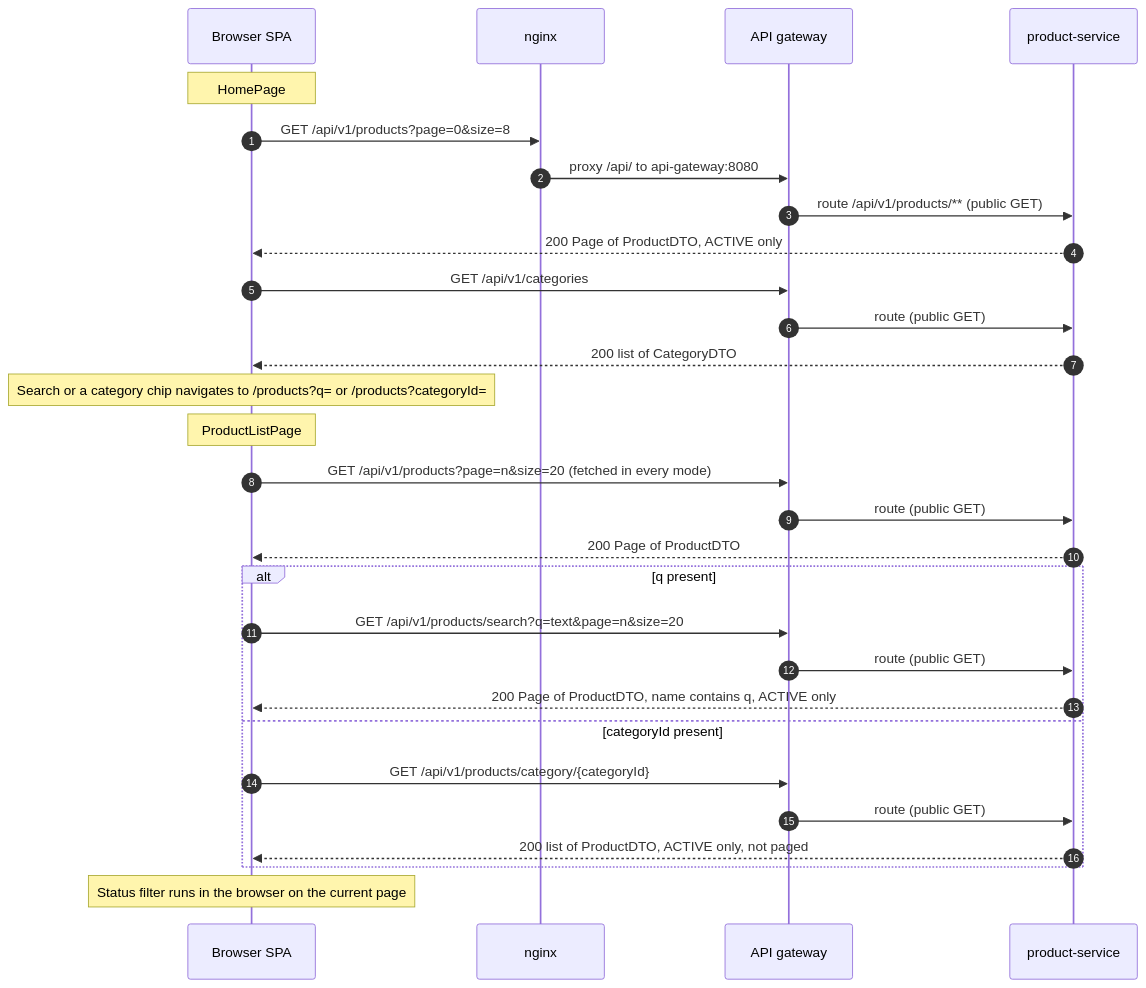
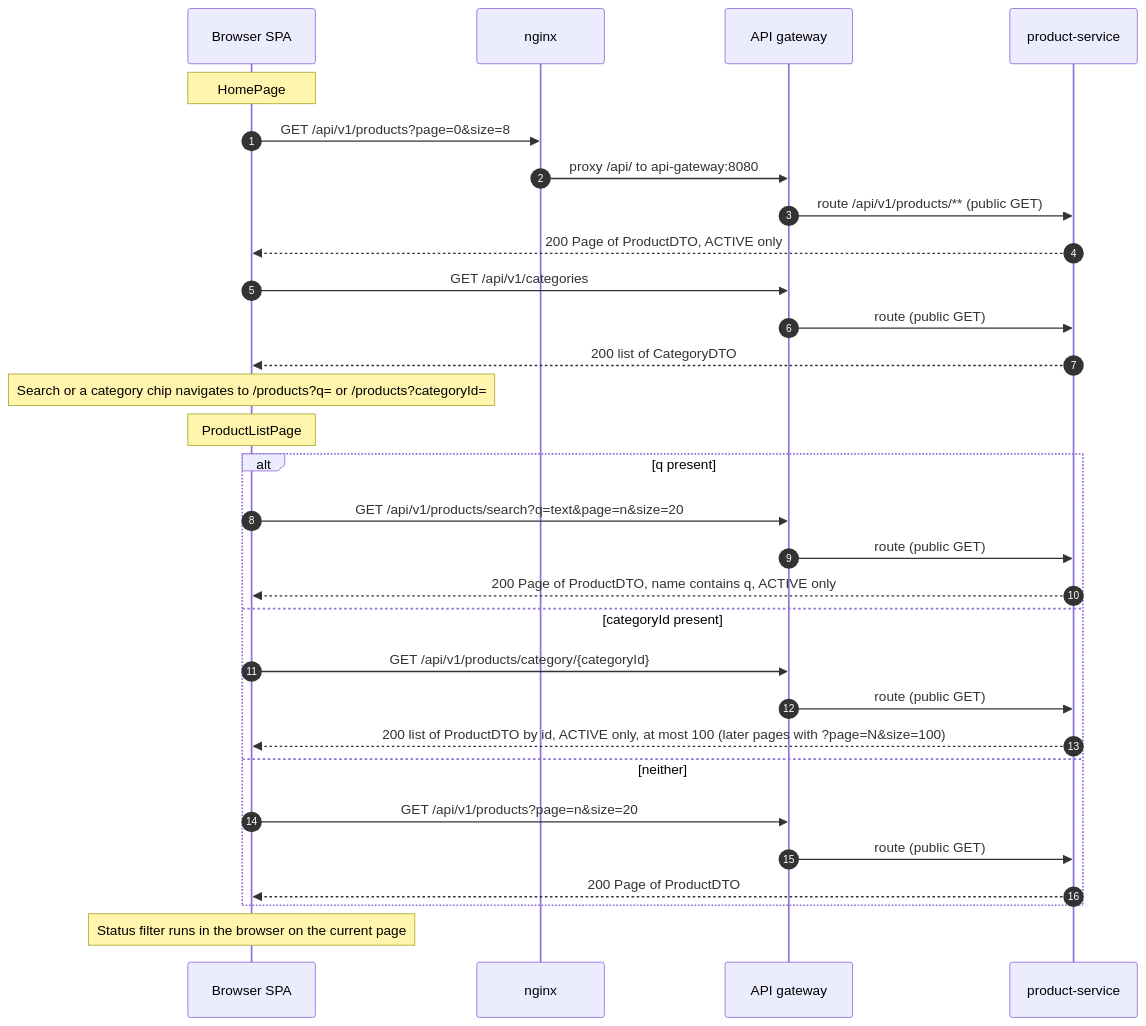
Before and after one commit to bmcnpnr/ecommerce-platform: the second of 9 diagrams in docs/frontend.md, drawn with Mermaid. The commit also changed other lines of this file and 58 other files, not shown here.

````diff
--- a/docs/frontend.md
+++ b/docs/frontend.md
@@ -380,31 +409,32 @@
 ```mermaid
 sequenceDiagram
     autonumber
     participant B as Browser SPA
     participant N as nginx
     participant G as API gateway
     participant P as product-service
     Note over B: HomePage
     B->>N: GET /api/v1/products?page=0&size=8
     N->>G: proxy /api/ to api-gateway:8080
     G->>P: route /api/v1/products/** (public GET)
     P-->>B: 200 Page of ProductDTO, ACTIVE only
     B->>G: GET /api/v1/categories
     G->>P: route (public GET)
     P-->>B: 200 list of CategoryDTO
     Note over B: Search or a category chip navigates to /products?q= or /products?categoryId=
     Note over B: ProductListPage
-    B->>G: GET /api/v1/products?page=n&size=20 (fetched in every mode)
-    G->>P: route (public GET)
-    P-->>B: 200 Page of ProductDTO
     alt q present
         B->>G: GET /api/v1/products/search?q=text&page=n&size=20
         G->>P: route (public GET)
         P-->>B: 200 Page of ProductDTO, name contains q, ACTIVE only
     else categoryId present
         B->>G: GET /api/v1/products/category/{categoryId}
         G->>P: route (public GET)
-        P-->>B: 200 list of ProductDTO, ACTIVE only, not paged
+        P-->>B: 200 list of ProductDTO by id, ACTIVE only, at most 100 (later pages with ?page=N&size=100)
+    else neither
+        B->>G: GET /api/v1/products?page=n&size=20
+        G->>P: route (public GET)
+        P-->>B: 200 Page of ProductDTO
     end
     Note over B: Status filter runs in the browser on the current page
 ```
````
